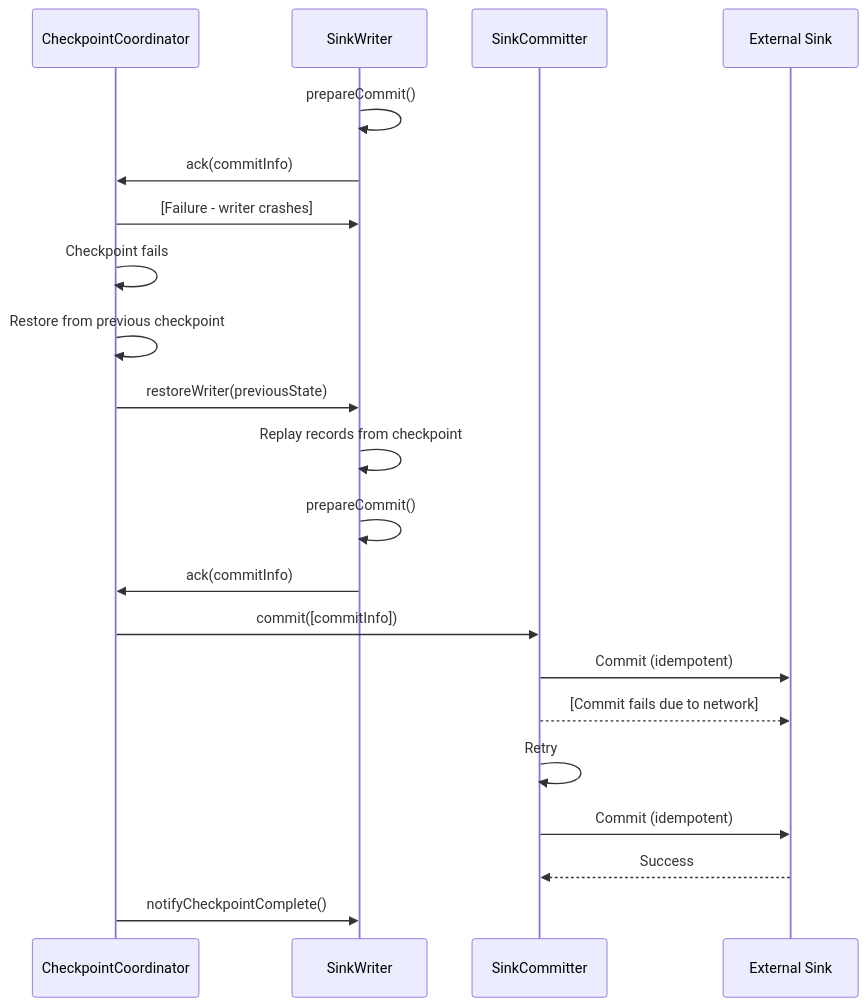
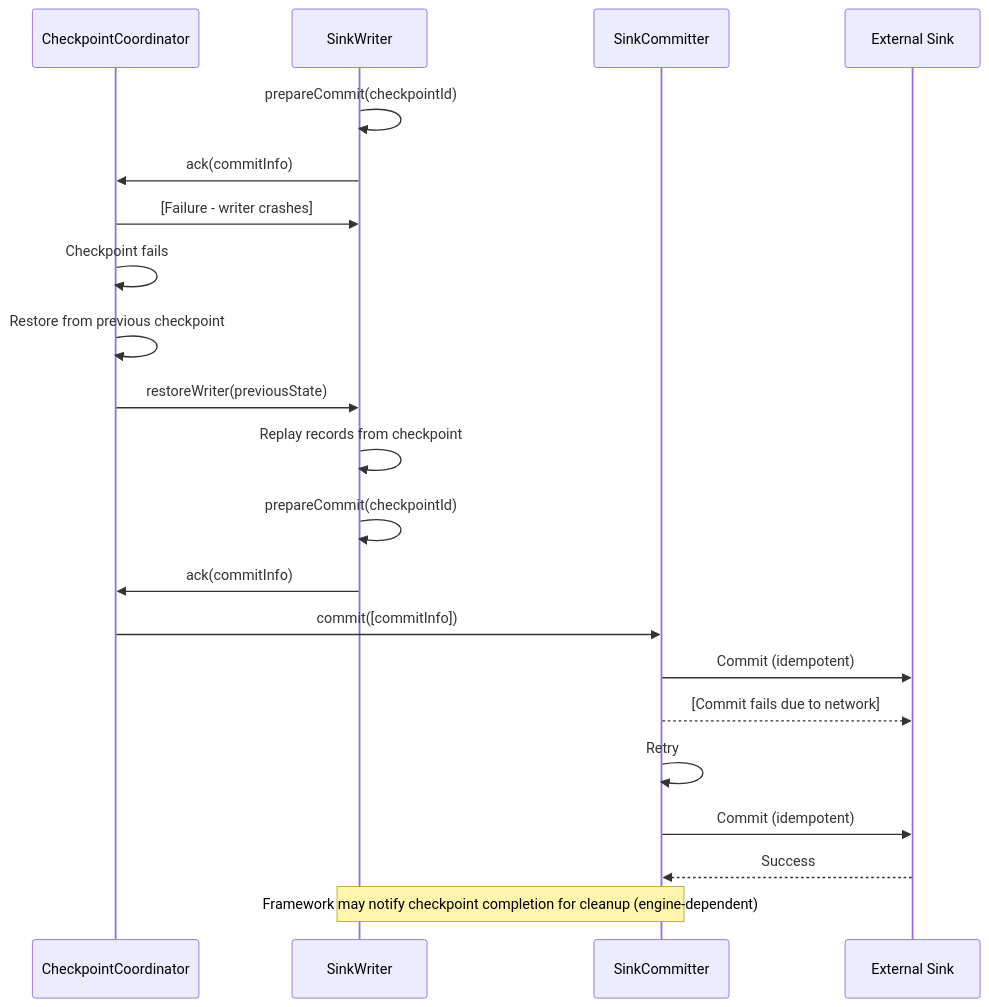
The second of 2 diagrams in docs/en/architecture/api-design/sink-architecture.md (apache/seatunnel), drawn with Mermaid before and after one commit. The commit also changed other lines of this file and 12 other files, not shown here.

Commit message:
docs: align EN architecture docs with Zeta implementation

````diff
--- a/docs/en/architecture/api-design/sink-architecture.md
+++ b/docs/en/architecture/api-design/sink-architecture.md
@@ -191,30 +201,30 @@
 ```mermaid
 sequenceDiagram
     participant CP as CheckpointCoordinator
     participant Writer as SinkWriter
     participant Committer as SinkCommitter
     participant Sink as External Sink
 
-    Writer->>Writer: prepareCommit()
+    Writer->>Writer: prepareCommit(checkpointId)
     Writer->>CP: ack(commitInfo)
 
     CP->>Writer: [Failure - writer crashes]
 
     CP->>CP: Checkpoint fails
     CP->>CP: Restore from previous checkpoint
 
     CP->>Writer: restoreWriter(previousState)
     Writer->>Writer: Replay records from checkpoint
 
-    Writer->>Writer: prepareCommit()
+    Writer->>Writer: prepareCommit(checkpointId)
     Writer->>CP: ack(commitInfo)
 
     CP->>Committer: commit([commitInfo])
     Committer->>Sink: Commit (idempotent)
     Committer-->>Sink: [Commit fails due to network]
     Committer->>Committer: Retry
     Committer->>Sink: Commit (idempotent)
     Sink-->>Committer: Success
 
-    CP->>Writer: notifyCheckpointComplete()
+    Note over Writer,Committer: Framework may notify checkpoint completion for cleanup (engine-dependent)
 ```
````
